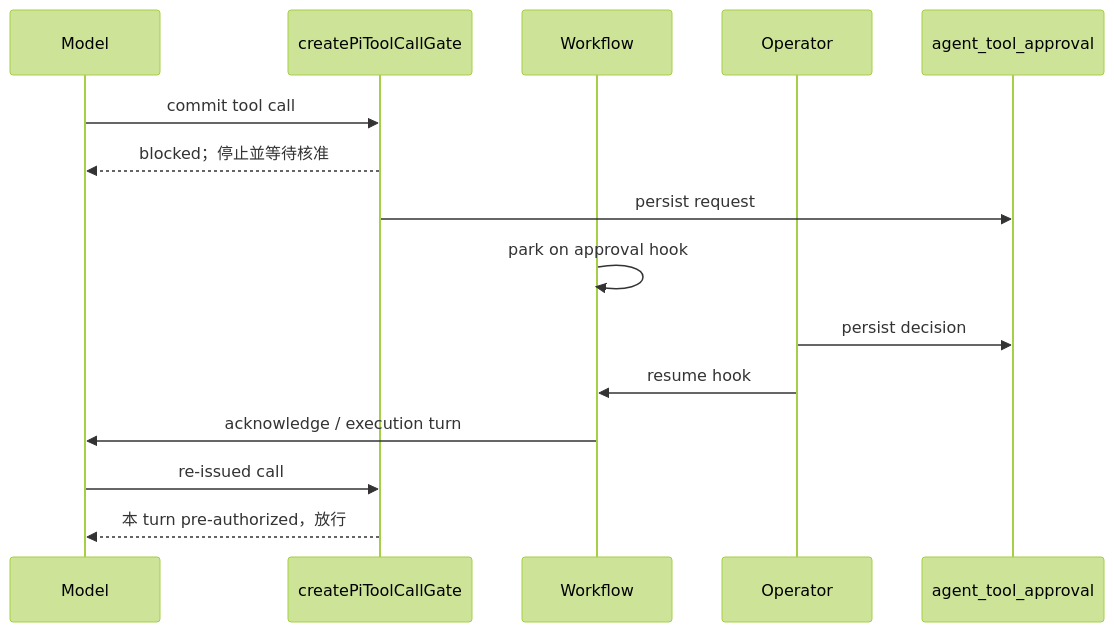
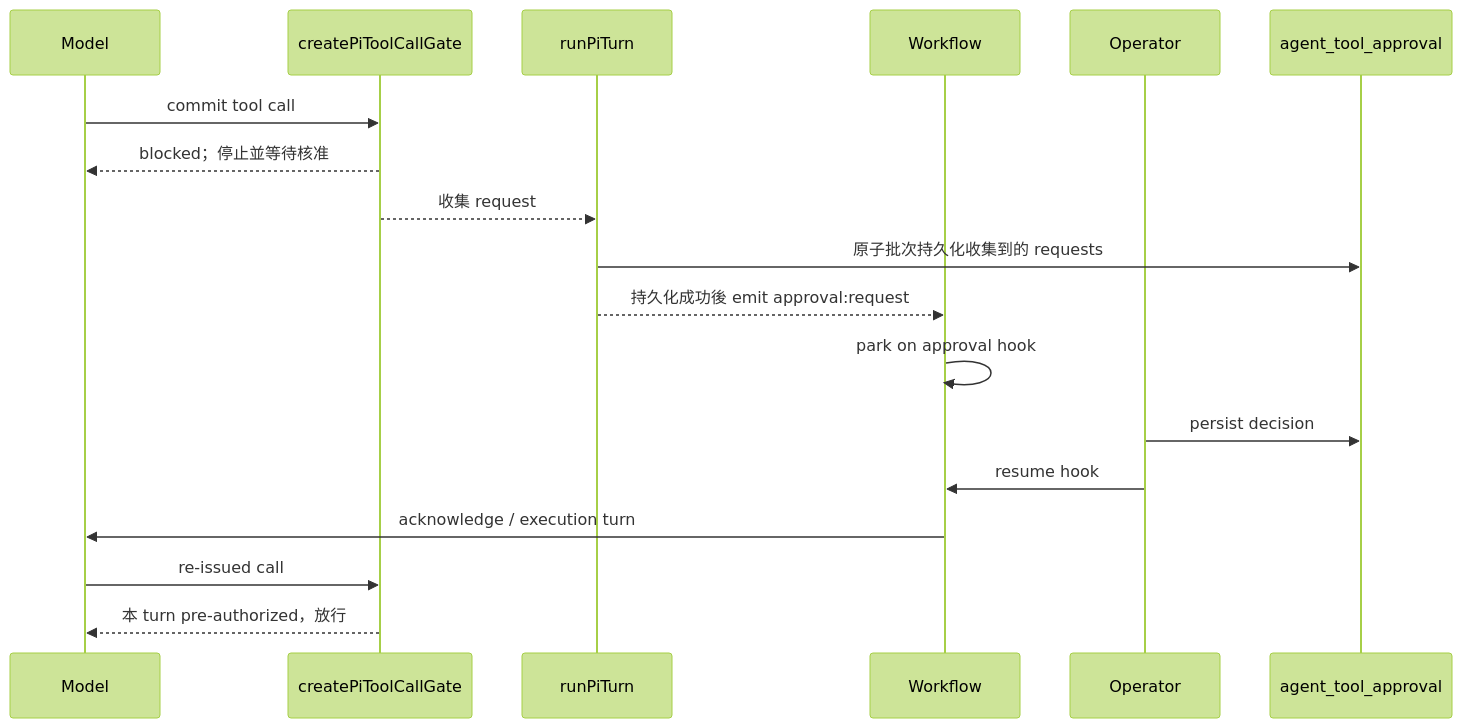
Before and after one commit to Chia1104/chia1104.dev: the third of 3 diagrams in docs/agent-architecture.zh.md, drawn with Mermaid (forest theme). The commit also changed other lines of this file and 14 other files, not shown here.

First line of the commit message:
fix(agent): atomically persist approval requests

````diff
--- a/docs/agent-architecture.zh.md
+++ b/docs/agent-architecture.zh.md
@@ -156,18 +157,21 @@
 ```mermaid
 sequenceDiagram
     participant M as Model
     participant G as createPiToolCallGate
+    participant R as runPiTurn
     participant WF as Workflow
     participant OP as Operator
     participant DB as agent_tool_approval
 
     M->>G: commit tool call
     G-->>M: blocked；停止並等待核准
-    G->>DB: persist request
+    G-->>R: 收集 request
+    R->>DB: 原子批次持久化收集到的 requests
+    R-->>WF: 持久化成功後 emit approval:request
     WF->>WF: park on approval hook
     OP->>DB: persist decision
     OP->>WF: resume hook
     WF->>M: acknowledge / execution turn
     M->>G: re-issued call
     G-->>M: 本 turn pre-authorized，放行
 ```
````
